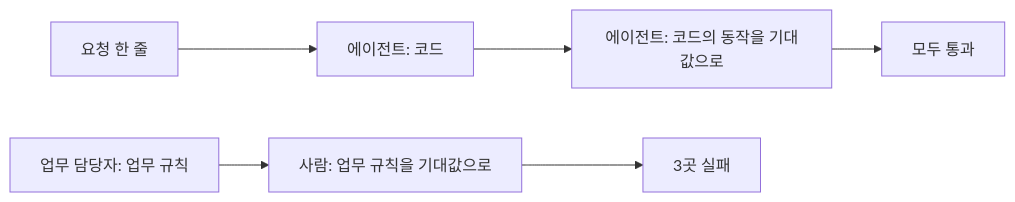
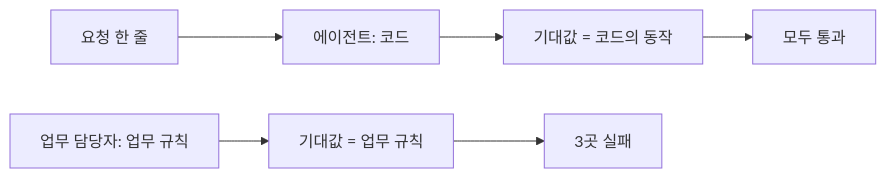
Before and after one commit to YoungSan77/TrainingMaterials: the third of 4 diagrams in courses/ai-native/sessions/s01.md, drawn with Mermaid. The commit also changed other lines of this file and 52 other files, not shown here.

````diff
--- a/courses/ai-native/sessions/s01.md
+++ b/courses/ai-native/sessions/s01.md
@@ -178,5 +187,5 @@
 ```mermaid
 flowchart LR
-    A["요청 한 줄"] --> B["에이전트: 코드"] --> C["에이전트: 코드의 동작을 기대값으로"] --> D["모두 통과"]
-    E["업무 담당자: 업무 규칙"] --> F["사람: 업무 규칙을 기대값으로"] --> G["3곳 실패"]
+    A["요청 한 줄"] --> B["에이전트: 코드"] --> C["기대값 = 코드의 동작"] --> D["모두 통과"]
+    E["업무 담당자: 업무 규칙"] --> F["기대값 = 업무 규칙"] --> G["3곳 실패"]
 ```
````
